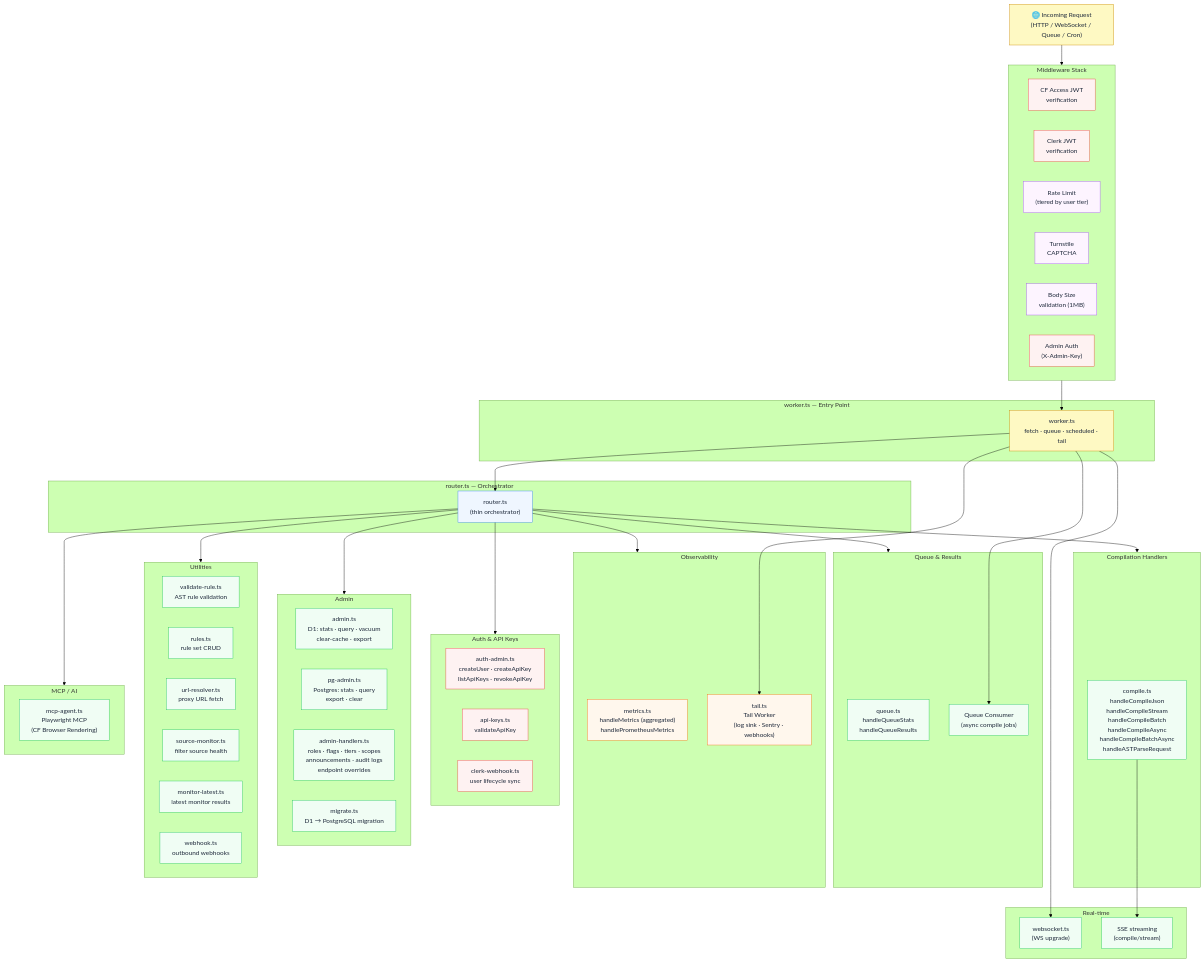
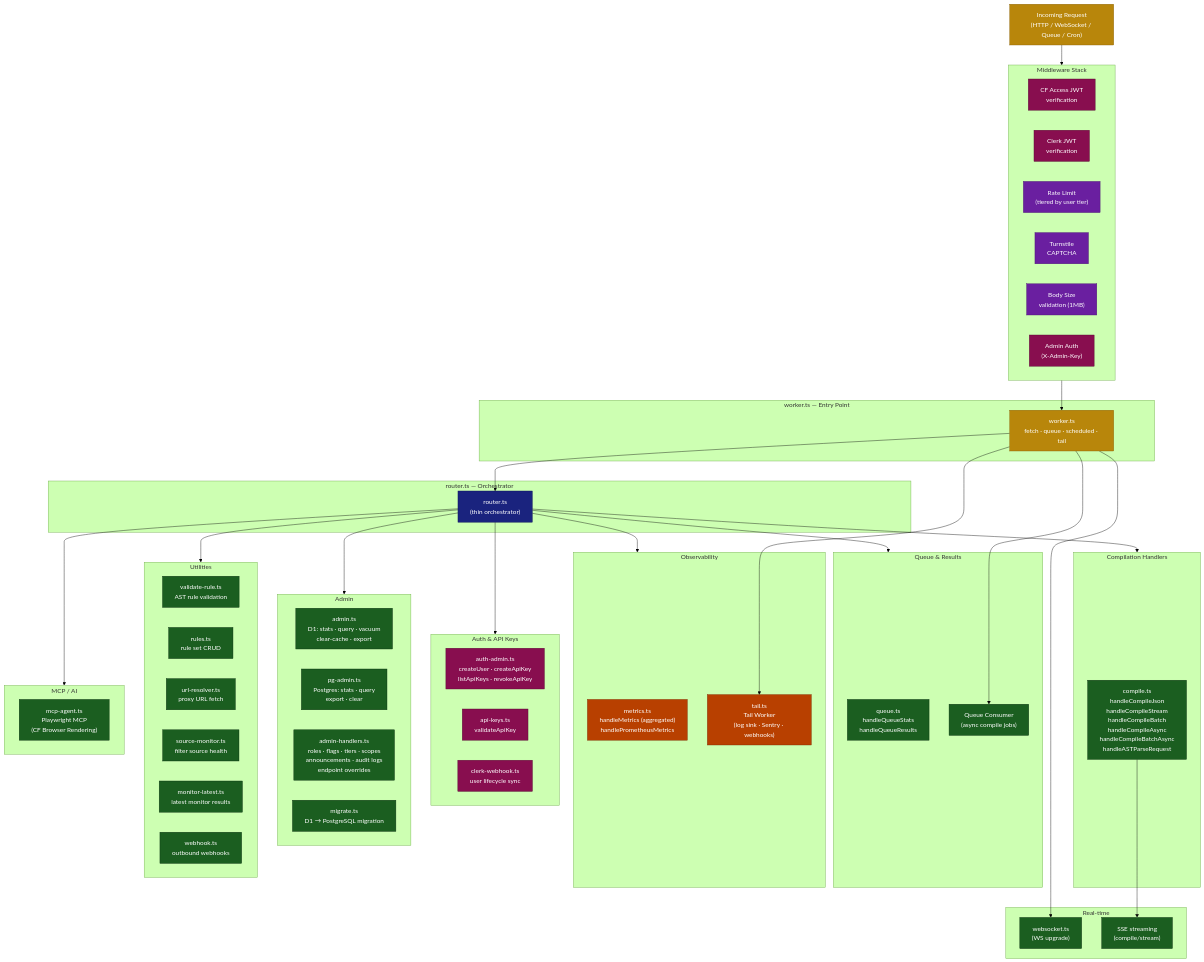
Before and after one commit to jaypatrick/adblock-compiler: diagram 12 of 19 in docs/development/ARCHITECTURE.md, drawn with Mermaid (forest theme). The commit also changed other lines of this file and 6 other files, not shown here.

First line of the commit message:
fix: Mermaid diagram errors, dark theme compatibility, and mdhelp scroll reset (#1540)

````diff
--- a/docs/development/ARCHITECTURE.md
+++ b/docs/development/ARCHITECTURE.md
@@ -499,14 +499,14 @@
 ```mermaid
 flowchart TD
-    classDef entry fill:#fef9c3,stroke:#ca8a04,color:#1e293b
-    classDef router fill:#eff6ff,stroke:#3b82f6,color:#1e293b
-    classDef handler fill:#f0fdf4,stroke:#22c55e,color:#1e293b
-    classDef middleware fill:#fdf4ff,stroke:#a855f7,color:#1e293b
-    classDef infra fill:#f1f5f9,stroke:#64748b,color:#1e293b
-    classDef observability fill:#fff7ed,stroke:#f97316,color:#1e293b
-    classDef auth fill:#fef2f2,stroke:#ef4444,color:#1e293b
+    classDef entry fill:#b8860b,stroke:#8a6208,color:#fff
+    classDef router fill:#1a237e,stroke:#0d1257,color:#fff
+    classDef handler fill:#1b5e20,stroke:#0a3010,color:#fff
+    classDef middleware fill:#6a1fa0,stroke:#4a1570,color:#fff
+    classDef infra fill:#37474f,stroke:#1a2327,color:#fff
+    classDef observability fill:#b84000,stroke:#7a2900,color:#fff
+    classDef auth fill:#880e4f,stroke:#560930,color:#fff
 
-    REQ["🌐 Incoming Request\n(HTTP / WebSocket / Queue / Cron)"]:::entry
+    REQ["Incoming Request\n(HTTP / WebSocket / Queue / Cron)"]:::entry
 
     subgraph MW["Middleware Stack"]
         CFAC["CF Access JWT\nverification"]:::auth
````
